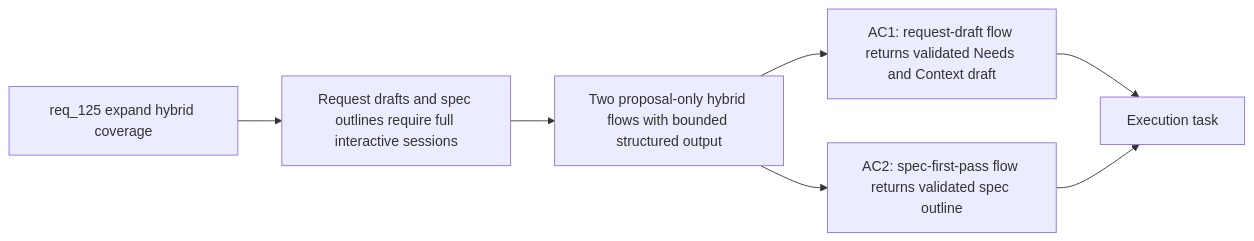
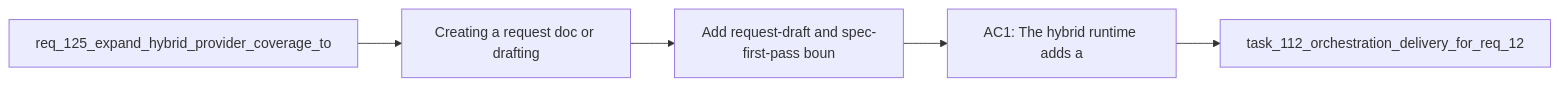
Before and after one commit to AlexAgo83/logics-manager: the diagram in logics/backlog/item_226_add_request_draft_and_spec_first_pass_bounded_authoring_hybrid_flows.md, drawn with Mermaid. The commit also changed other lines of this file and 481 other files, not shown here.

````diff
--- a/logics/backlog/item_226_add_request_draft_and_spec_first_pass_bounded_authoring_hybrid_flows.md
+++ b/logics/backlog/item_226_add_request_draft_and_spec_first_pass_bounded_authoring_hybrid_flows.md
@@ -22,11 +22,9 @@
 ```mermaid
 %% logics-kind: backlog
 %% logics-signature: backlog|add-request-draft-and-spec-first-pass-bo|req-125-expand-hybrid-provider-coverage-|creating-a-request-doc-or-drafting|ac1-the-hybrid-runtime-adds-a
 flowchart LR
-    Request[req_125 expand hybrid coverage] --> Problem[Request drafts and spec outlines require full interactive sessions]
-    Problem --> Scope[Two proposal-only hybrid flows with bounded structured output]
-    Scope --> AC1[AC1: request-draft flow returns validated Needs and Context draft]
-    Scope --> AC2[AC2: spec-first-pass flow returns validated spec outline]
-    AC1 --> Tasks[Execution task]
-    AC2 --> Tasks
+    Request[req_125_expand_hybrid_provider_coverage_to] --> Problem[Creating a request doc or drafting]
+    Problem --> Scope[Add request-draft and spec-first-pass boun]
+    Scope --> Acceptance[AC1: The hybrid runtime adds a]
+    Acceptance --> Tasks[task_112_orchestration_delivery_for_req_12]
 ```
````
